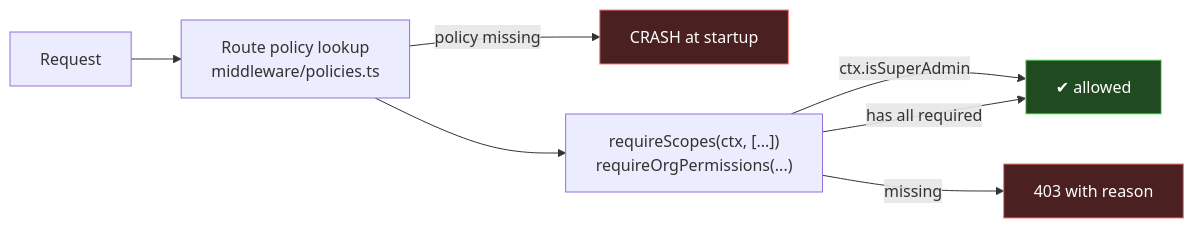
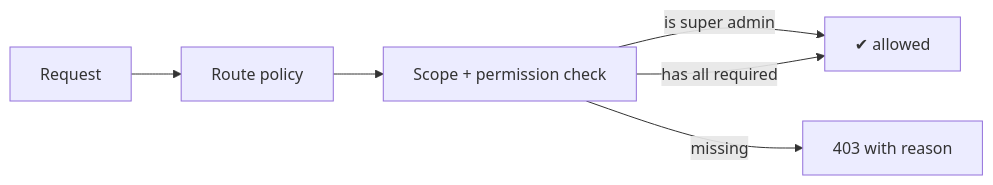
Before and after one commit to Aico-Systems/docs: the third of 3 diagrams in platform/security.mdx, drawn with Mermaid. The commit also changed other lines of this file and 9 other files, not shown here.

````diff
--- a/platform/security.mdx
+++ b/platform/security.mdx
@@ -82,12 +80,8 @@
 ```mermaid
 flowchart LR
-    R["Request"] --> P["Route policy lookup<br/>middleware/policies.ts"]
-    P -- "policy missing" --> C["CRASH at startup"]:::error
-    P --> S["requireScopes(ctx, [...])<br/>requireOrgPermissions(...)"]
-    S -- "ctx.isSuperAdmin" --> A["✔ allowed"]:::ok
+    R["Request"] --> P["Route policy"]
+    P --> S["Scope + permission check"]
+    S -- "is super admin" --> A["✔ allowed"]
     S -- "has all required" --> A
-    S -- "missing" --> D["403 with reason"]:::error
-
-    classDef error fill:#4a2020,stroke:#f77,color:#fff
-    classDef ok fill:#204a20,stroke:#7f7,color:#fff
+    S -- "missing" --> D["403 with reason"]
 ```
````
